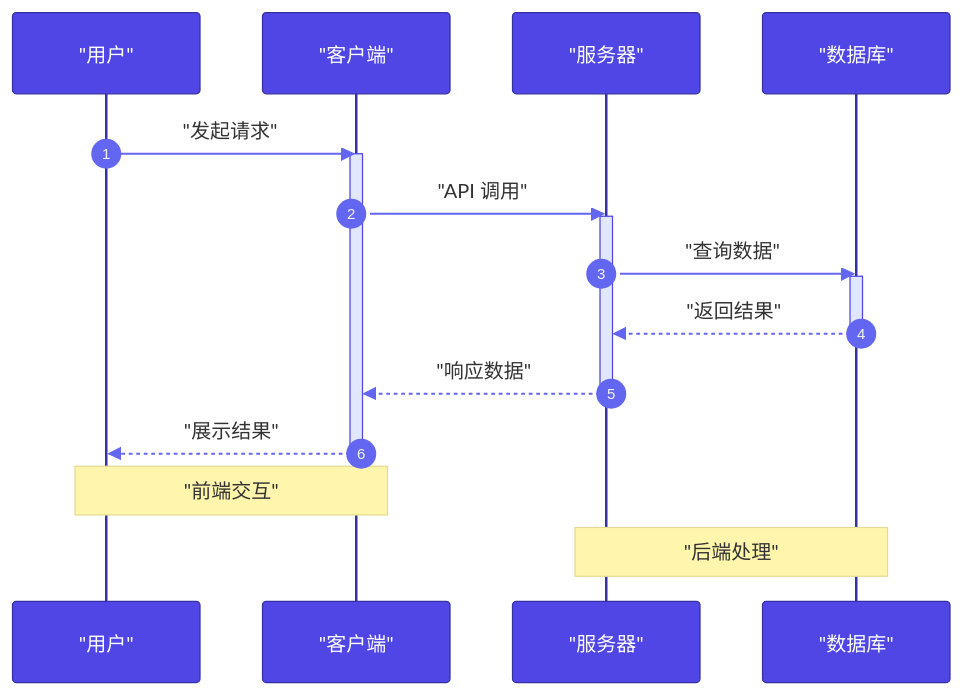
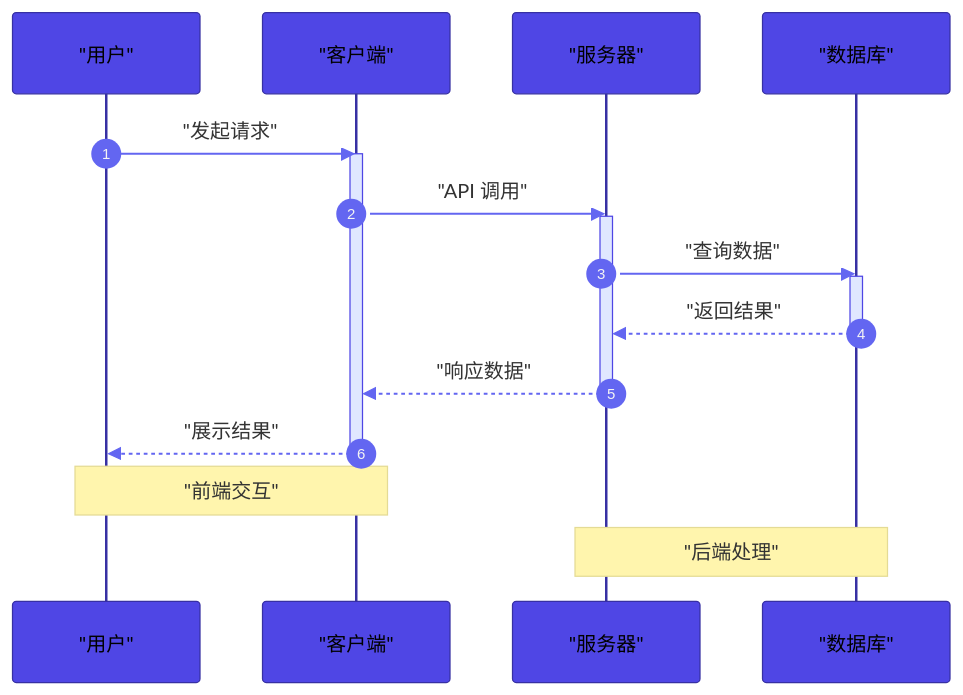
The sixth of 17 diagrams in mermaid-generator/SKILL.md (unix2dos/skills), drawn with Mermaid before and after one commit. The commit also changed other lines of this file, not shown here.

Commit message:
feat: Change text color to black for better readability

````diff
--- a/mermaid-generator/SKILL.md
+++ b/mermaid-generator/SKILL.md
@@ -174,25 +174,25 @@
 ```mermaid
-%%{init: {'theme': 'base', 'themeVariables': {'actorBkg': '#4F46E5', 'actorTextColor': '#fff', 'actorBorder': '#3730A3', 'signalColor': '#6366F1', 'activationBkgColor': '#E0E7FF', 'activationBorderColor': '#4F46E5'}}}%%
+%%{init: {'theme': 'base', 'themeVariables': {'actorBkg': '#4F46E5', 'actorTextColor': '#000', 'actorBorder': '#3730A3', 'signalColor': '#6366F1', 'activationBkgColor': '#E0E7FF', 'activationBorderColor': '#4F46E5'}}}%%
 sequenceDiagram
     autonumber
     participant U as "用户"
     participant C as "客户端"
     participant S as "服务器"
     participant D as "数据库"
 
     U->>C: "发起请求"
     activate C
     C->>S: "API 调用"
     activate S
     S->>D: "查询数据"
     activate D
     D-->>S: "返回结果"
     deactivate D
     S-->>C: "响应数据"
     deactivate S
     C-->>U: "展示结果"
     deactivate C
 
     Note over U,C: "前端交互"
     Note over S,D: "后端处理"
 ```
````
